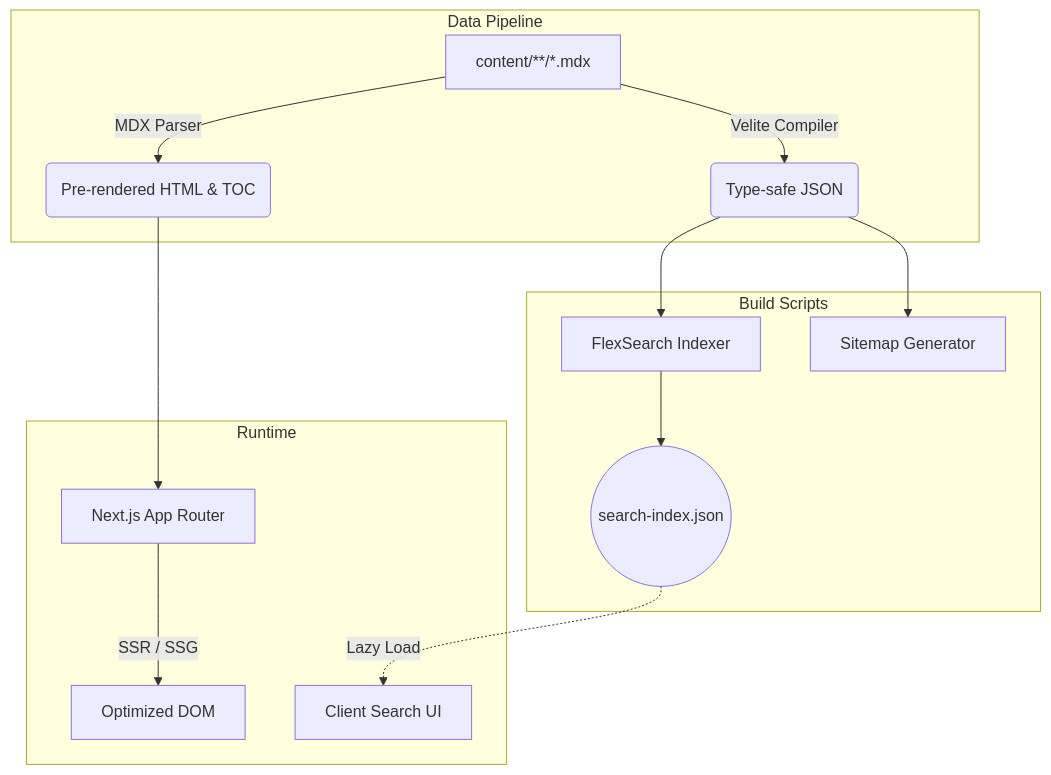
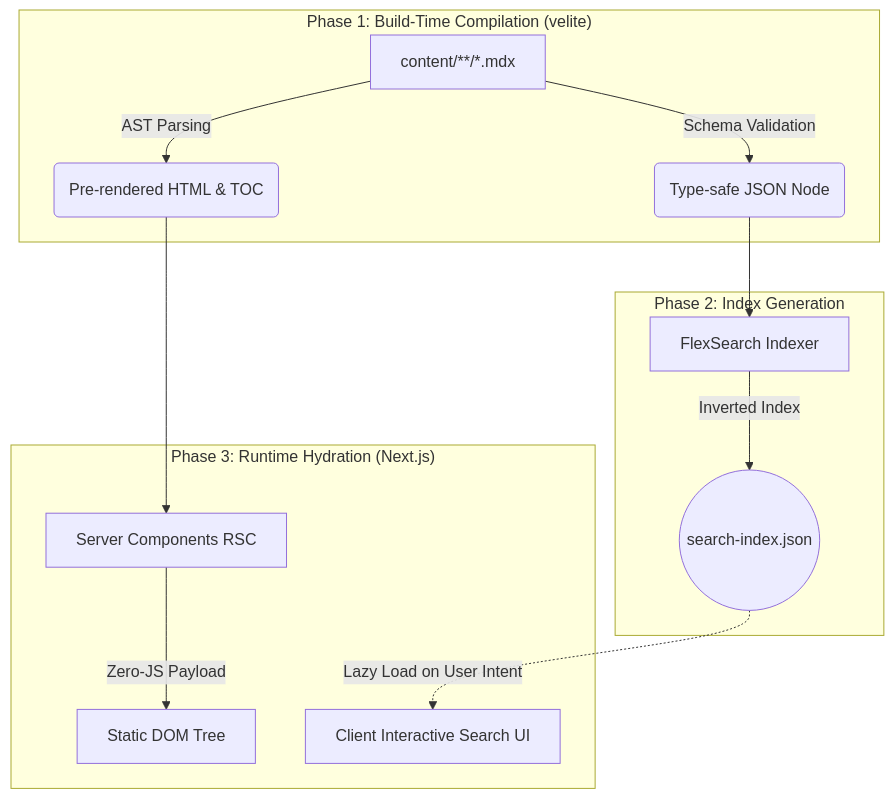
Before and after one commit to kerntau/kbase: the diagram in README.md, drawn with Mermaid. The commit also changed other lines of this file, not shown here.

````diff
--- a/README.md
+++ b/README.md
@@ -38,19 +35,18 @@
 ```mermaid
 graph TD
-    subgraph Data Pipeline
-        A[content/**/*.mdx] -->|Velite Compiler| B(Type-safe JSON)
-        A -->|MDX Parser| C(Pre-rendered HTML & TOC)
+    subgraph "Phase 1: Build-Time Compilation (velite)"
+        A[content/**/*.mdx] -->|Schema Validation| B(Type-safe JSON Node)
+        A -->|AST Parsing| C(Pre-rendered HTML & TOC)
     end
     
-    subgraph Build Scripts
+    subgraph "Phase 2: Index Generation"
         B --> D[FlexSearch Indexer]
-        D --> E((search-index.json))
-        B --> F[Sitemap Generator]
+        D -->|Inverted Index| E((search-index.json))
     end
 
-    subgraph Runtime
-        C --> G[Next.js App Router]
-        G -->|SSR / SSG| H[Optimized DOM]
-        E -.->|Lazy Load| I[Client Search UI]
+    subgraph "Phase 3: Runtime Hydration (Next.js)"
+        C --> G[Server Components RSC]
+        G -->|Zero-JS Payload| H[Static DOM Tree]
+        E -.->|Lazy Load on User Intent| I[Client Interactive Search UI]
     end
 ```
````
